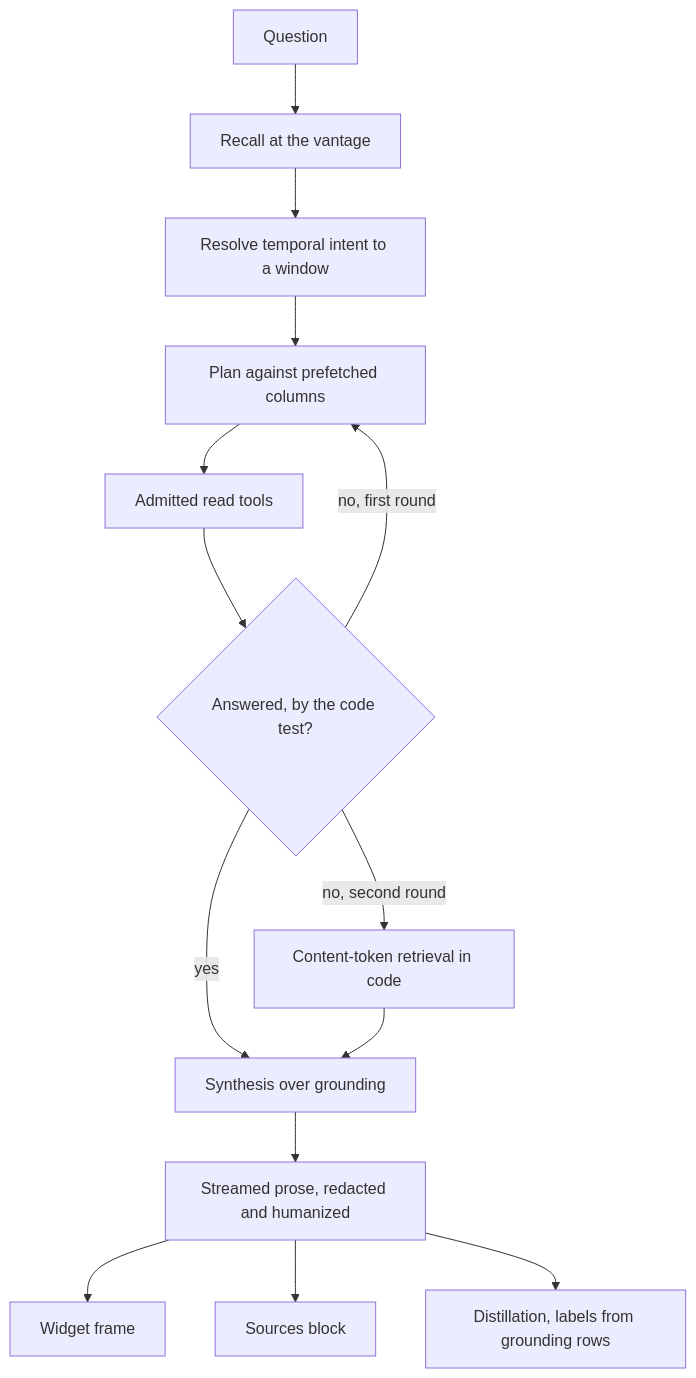
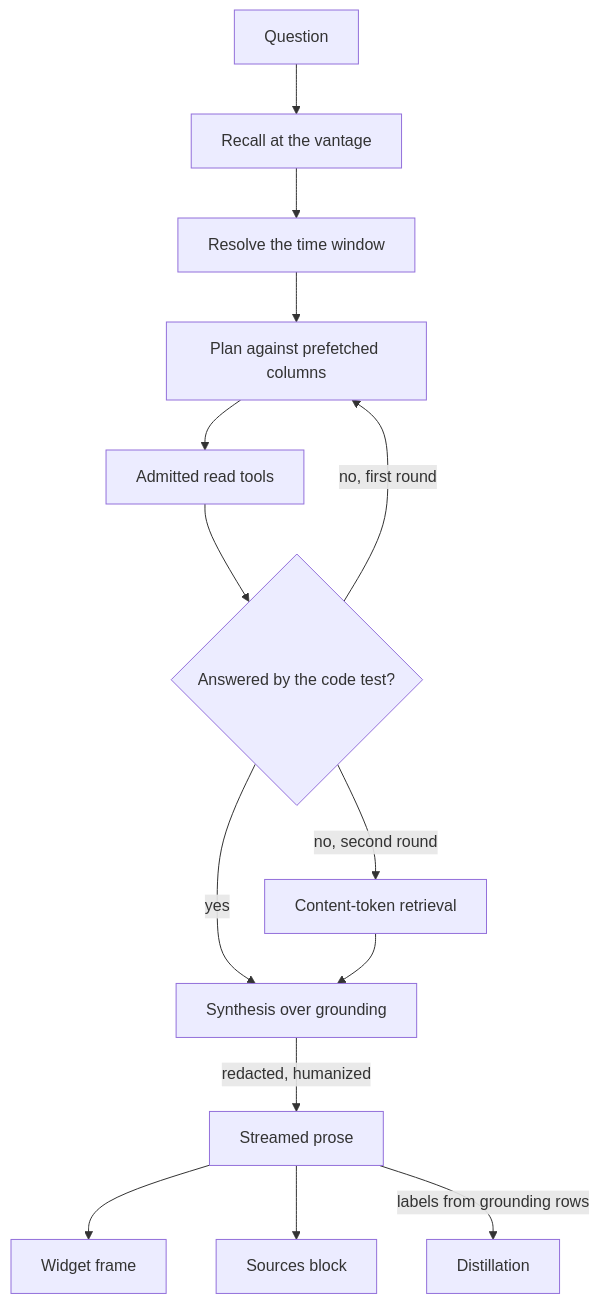
The fifth of 5 diagrams in spec/71-console.md (fractalboxdev/contextful), drawn with Mermaid before and after one commit. The commit also changed other lines of this file and 24 other files, not shown here.

First line of the commit message:
spec: every flowchart draws one entity or process per node

````diff
--- a/spec/71-console.md
+++ b/spec/71-console.md
@@ -362,16 +353,16 @@
 ```mermaid
 flowchart TD
   Q[Question] --> R[Recall at the vantage]
-  R --> T[Resolve temporal intent to a window]
+  R --> T[Resolve the time window]
   T --> P[Plan against prefetched columns]
   P --> G[Admitted read tools]
-  G --> A{Answered, by the code test?}
+  G --> A{Answered by the code test?}
   A -- no, first round --> P
-  A -- no, second round --> C[Content-token retrieval in code]
+  A -- no, second round --> C[Content-token retrieval]
   A -- yes --> S[Synthesis over grounding]
   C --> S
-  S --> PR[Streamed prose, redacted and humanized]
+  S -- redacted, humanized --> PR[Streamed prose]
   PR --> W[Widget frame]
   PR --> SB[Sources block]
-  PR --> D[Distillation, labels from grounding rows]
+  PR -- labels from grounding rows --> D[Distillation]
 ```
````
